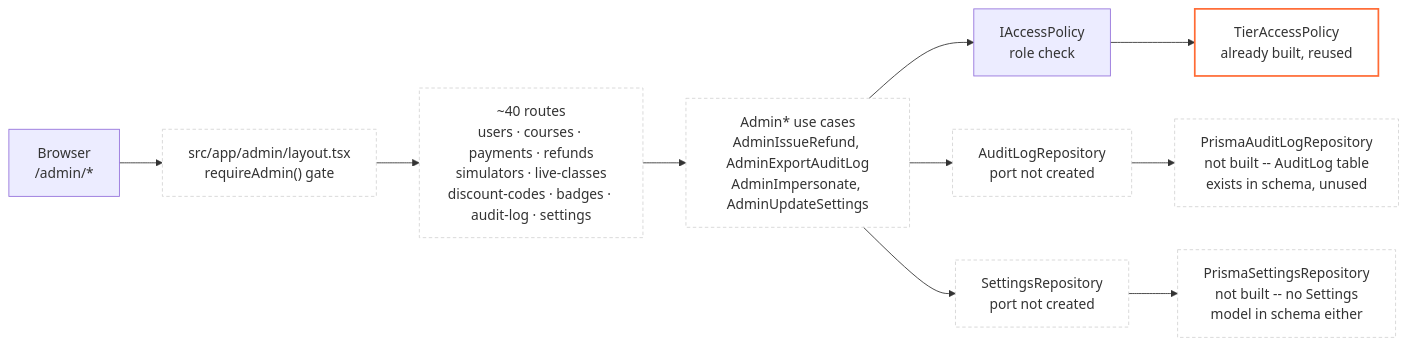
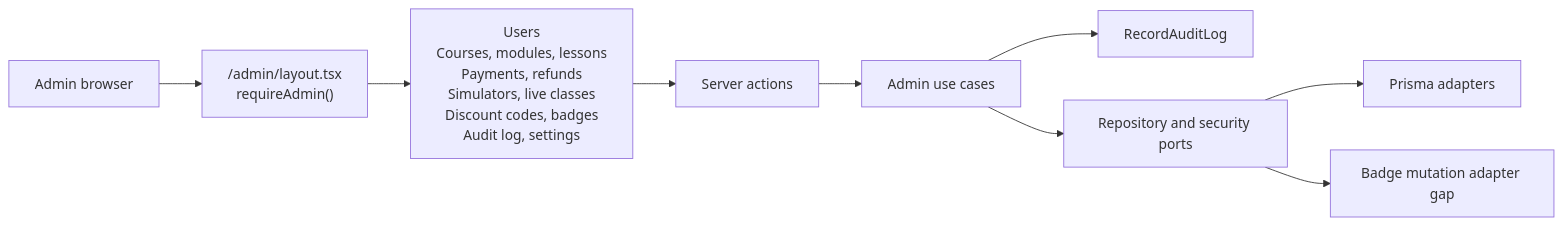
One commit to projectamazonph/amph-v2-greenfield changed the diagram in docs/architecture/02-admin-panel-wiring.md. Above: the diagram before and after it, drawn with Mermaid. The commit also changed other lines of this file and 20 other files, not shown here.

````diff
--- a/docs/architecture/02-admin-panel-wiring.md
+++ b/docs/architecture/02-admin-panel-wiring.md
@@ -5,17 +7,11 @@
 ```mermaid
 flowchart LR
-  BROWSER["Browser\n/admin/*"] --> LAYOUT["src/app/admin/layout.tsx\nrequireAdmin() gate"]
-  LAYOUT --> ROUTES["~40 routes\nusers · courses · payments · refunds\nsimulators · live-classes\ndiscount-codes · badges · audit-log · settings"]
-  ROUTES --> ADMINUC["Admin* use cases\nAdminIssueRefund, AdminExportAuditLog\nAdminImpersonate, AdminUpdateSettings"]
-  ADMINUC --> AP["IAccessPolicy\nrole check"]
-  ADMINUC --> ALR["AuditLogRepository\nport not created"]
-  ADMINUC --> SR["SettingsRepository\nport not created"]
-  AP --> TAP["TierAccessPolicy\nalready built, reused"]
-  ALR --> PALR["PrismaAuditLogRepository\nnot built -- AuditLog table\nexists in schema, unused"]
-  SR --> PSR["PrismaSettingsRepository\nnot built -- no Settings\nmodel in schema either"]
-
-  classDef built stroke:#FF6B35,stroke-width:2px,fill:none;
-  classDef planned stroke:#D4D4D4,fill:none,stroke-dasharray: 4 3;
-  class TAP built
-  class LAYOUT,ROUTES,ADMINUC,ALR,SR,PALR,PSR planned
+  BROWSER["Admin browser"] --> GATE["/admin/layout.tsx\nrequireAdmin()"]
+  GATE --> ROUTES["Users\nCourses, modules, lessons\nPayments, refunds\nSimulators, live classes\nDiscount codes, badges\nAudit log, settings"]
+  ROUTES --> ACTIONS["Server actions"]
+  ACTIONS --> UC["Admin use cases"]
+  UC --> AUDIT["RecordAuditLog"]
+  UC --> PORTS["Repository and security ports"]
+  PORTS --> PRISMA["Prisma adapters"]
+  PORTS --> GAP["Badge mutation adapter gap"]
 ```
````
